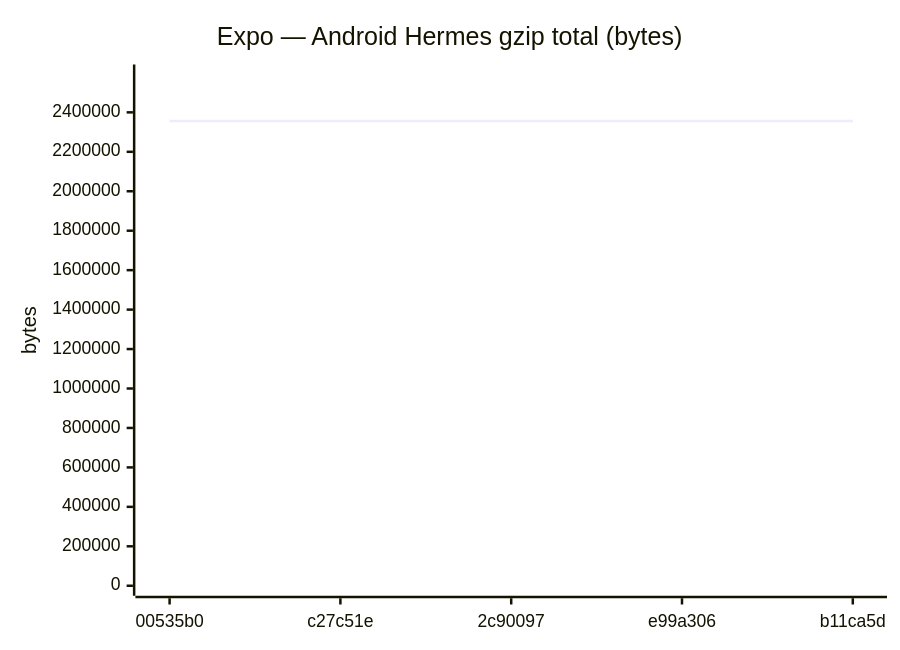
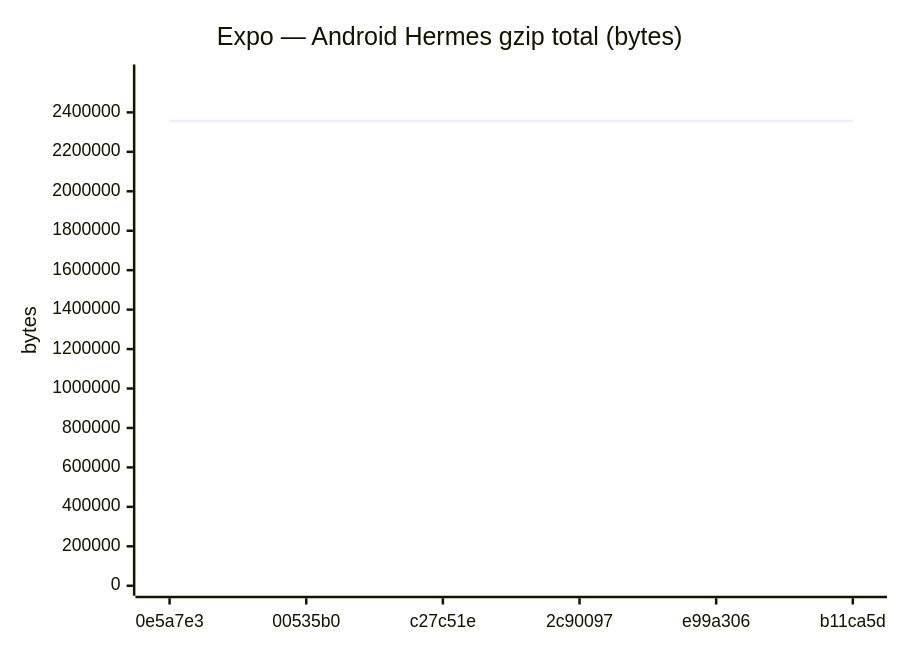
The seventh of 24 diagrams in benchmarks/compare.md (Metaheurist/Rianell), drawn with Mermaid before and after one commit. The commit also changed other lines of this file and 12 other files, not shown here.

````diff
--- a/benchmarks/compare.md
+++ b/benchmarks/compare.md
@@ -96,7 +100,7 @@
 ```mermaid
 xychart-beta
     title "Expo — Android Hermes gzip total (bytes)"
-    x-axis ["00535b0", "c27c51e", "2c90097", "e99a306", "b11ca5d"]
-    y-axis "bytes" 0 --> 2591935
-    line [2356301, 2356304, 2356302, 2356302, 2356299]
+    x-axis ["0e5a7e3", "00535b0", "c27c51e", "2c90097", "e99a306", "b11ca5d"]
+    y-axis "bytes" 0 --> 2592120
+    line [2356472, 2356301, 2356304, 2356302, 2356302, 2356299]
 ```
````
